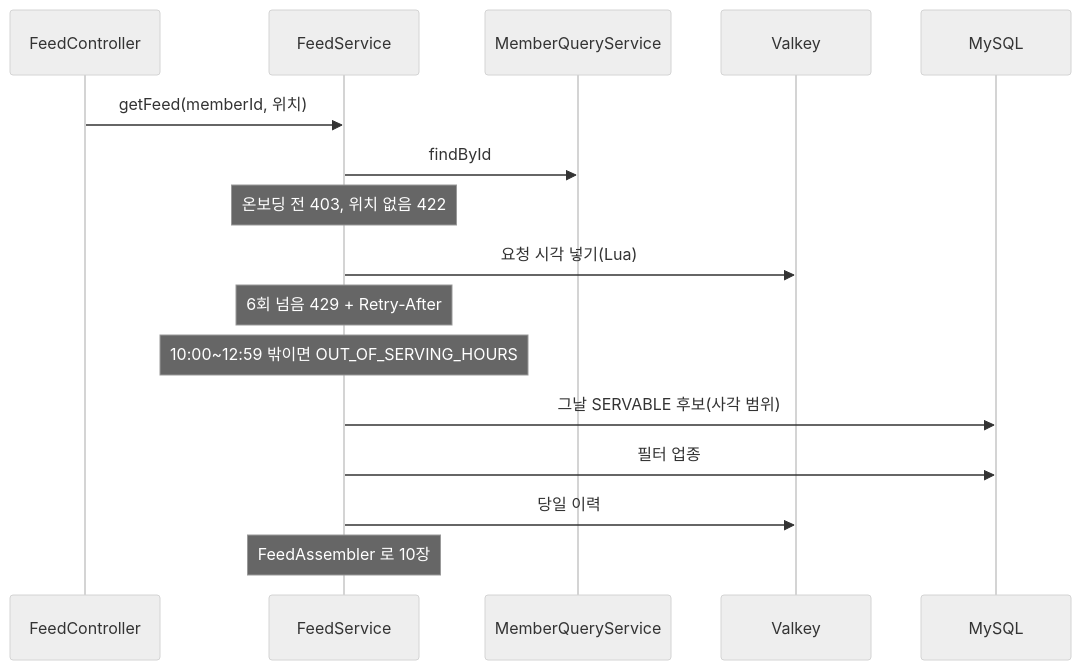
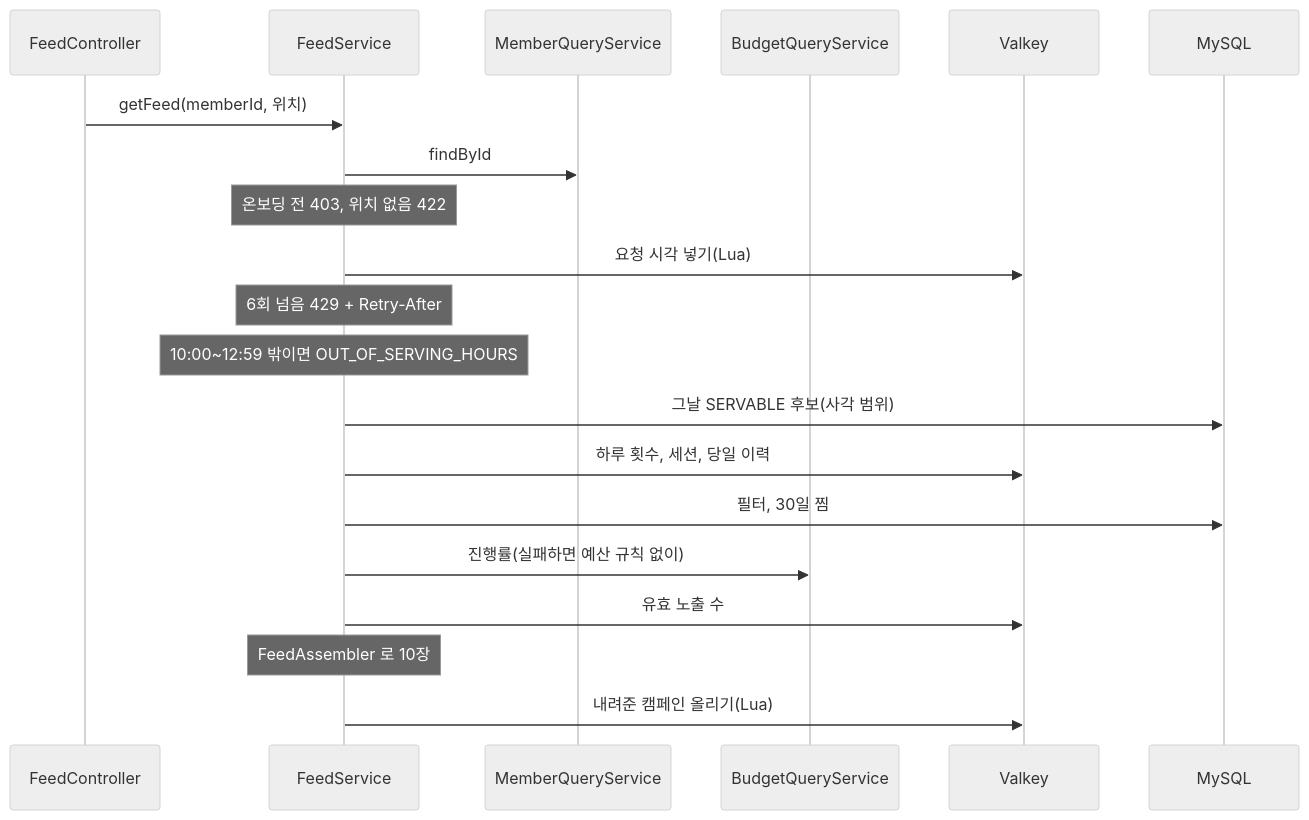
Before and after one commit to lunch-catch/lc-backend: the diagram in docs/design/adserving/adserving_구조와_동작_설계.md, drawn with Mermaid (neutral theme). The commit also changed other lines of this file and 25 other files, not shown here.

````diff
--- a/docs/design/adserving/adserving_구조와_동작_설계.md
+++ b/docs/design/adserving/adserving_구조와_동작_설계.md
@@ -90,18 +136,22 @@
 ```mermaid
 sequenceDiagram
     participant C as FeedController
     participant S as FeedService
     participant M as MemberQueryService
+    participant B as BudgetQueryService
     participant V as Valkey
     participant DB as MySQL
     C->>S: getFeed(memberId, 위치)
     S->>M: findById
     Note over S: 온보딩 전 403, 위치 없음 422
     S->>V: 요청 시각 넣기(Lua)
     Note over S: 6회 넘음 429 + Retry-After
     Note over S: 10:00~12:59 밖이면 OUT_OF_SERVING_HOURS
     S->>DB: 그날 SERVABLE 후보(사각 범위)
-    S->>DB: 필터 업종
-    S->>V: 당일 이력
+    S->>V: 하루 횟수, 세션, 당일 이력
+    S->>DB: 필터, 30일 찜
+    S->>B: 진행률(실패하면 예산 규칙 없이)
+    S->>V: 유효 노출 수
     Note over S: FeedAssembler 로 10장
+    S->>V: 내려준 캠페인 올리기(Lua)
 ```
````
